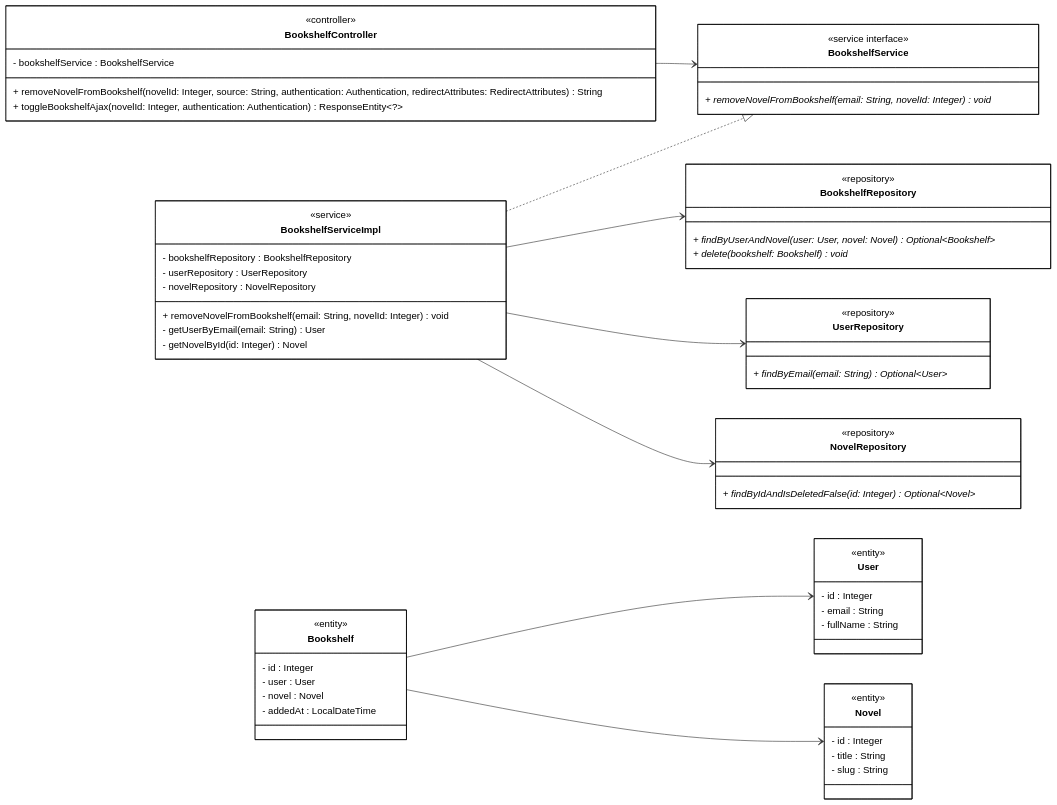
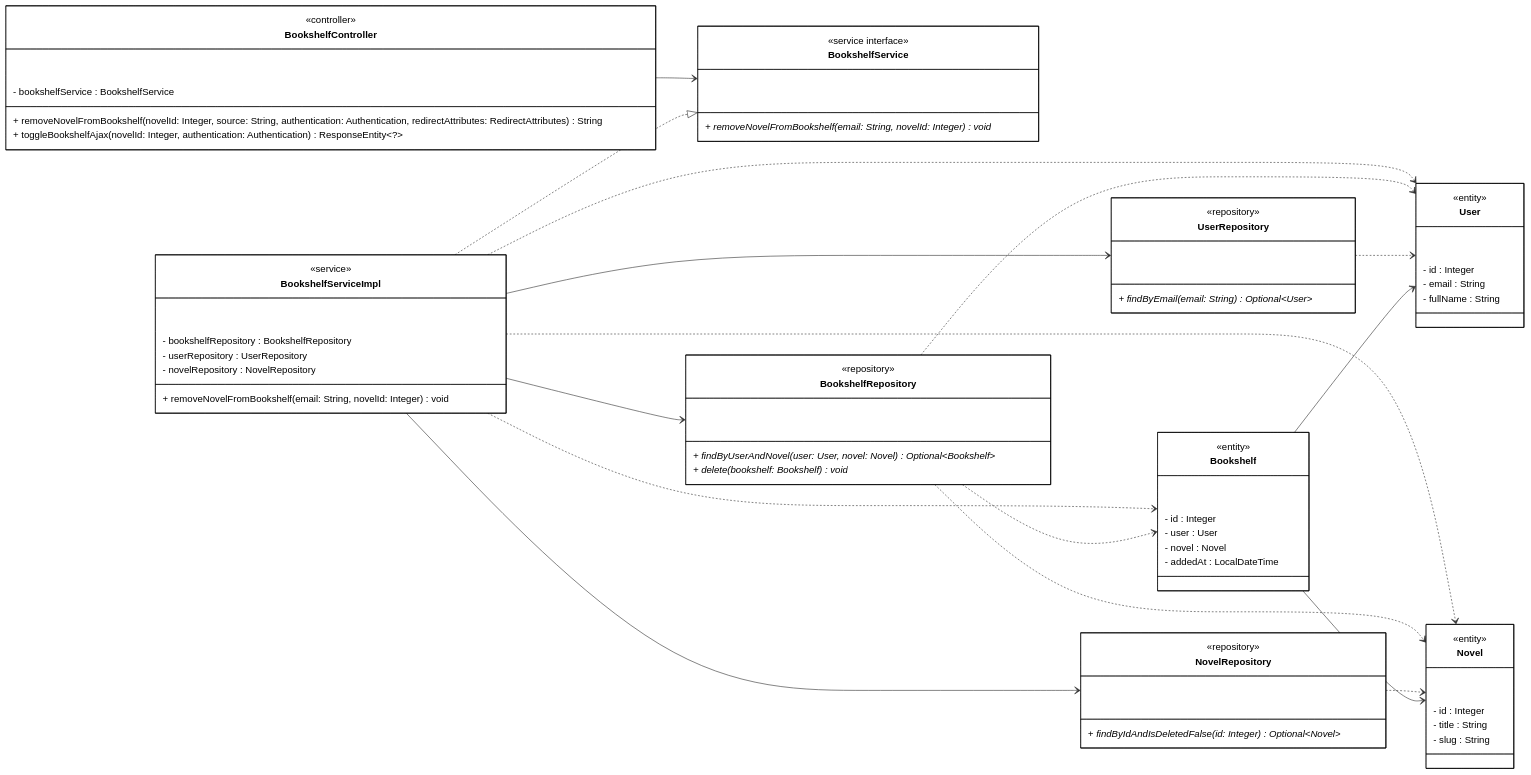
One commit to Phuoctai228/tram-truyen changed the diagram in docs/diagrams/class_mermaid/cls_mm_uc19_remove_novel_from_bookshelf.mmd. Above: the diagram before and after it, drawn with Mermaid. The commit also changed 85 other files, not shown here.

```diff
--- a/docs/diagrams/class_mermaid/cls_mm_uc19_remove_novel_from_bookshelf.mmd
+++ b/docs/diagrams/class_mermaid/cls_mm_uc19_remove_novel_from_bookshelf.mmd
@@ -1,74 +1,96 @@
 classDiagram
-direction LR
+    direction LR
 
-class BookshelfController {
-    <<controller>>
-    - bookshelfService : BookshelfService
-    + removeNovelFromBookshelf(novelId: Integer, source: String, authentication: Authentication, redirectAttributes: RedirectAttributes) String
-    + toggleBookshelfAjax(novelId: Integer, authentication: Authentication) ResponseEntity~?~
-}
+    class BookshelfController {
+        <<controller>>
+        ⠀
+        ⠀⠀
+        - bookshelfService : BookshelfService
+        + removeNovelFromBookshelf(novelId: Integer, source: String, authentication: Authentication, redirectAttributes: RedirectAttributes) String
+        + toggleBookshelfAjax(novelId: Integer, authentication: Authentication) ResponseEntity~?~
+    }
 
-class BookshelfService {
-    <<service interface>>
-    + removeNovelFromBookshelf(email: String, novelId: Integer) void*
-}
+    class BookshelfService {
+        <<service interface>>
+        ⠀
+        ⠀⠀
+        + removeNovelFromBookshelf(email: String, novelId: Integer) void*
+    }
 
-class BookshelfServiceImpl {
-    <<service>>
-    - bookshelfRepository : BookshelfRepository
-    - userRepository : UserRepository
-    - novelRepository : NovelRepository
-    + removeNovelFromBookshelf(email: String, novelId: Integer) void
-    - getUserByEmail(email: String) User
-    - getNovelById(id: Integer) Novel
-}
+    class BookshelfServiceImpl {
+        <<service>>
+        ⠀
+        ⠀⠀
+        - bookshelfRepository : BookshelfRepository
+        - userRepository : UserRepository
+        - novelRepository : NovelRepository
+        + removeNovelFromBookshelf(email: String, novelId: Integer) void
+    }
 
-class BookshelfRepository {
-    <<repository>>
-    + findByUserAndNovel(user: User, novel: Novel) Optional~Bookshelf~*
-    + delete(bookshelf: Bookshelf) void*
-}
+    class BookshelfRepository {
+        <<repository>>
+        ⠀
+        ⠀⠀
+        + findByUserAndNovel(user: User, novel: Novel) Optional~Bookshelf~*
+        + delete(bookshelf: Bookshelf) void*
+    }
 
-class UserRepository {
-    <<repository>>
-    + findByEmail(email: String) Optional~User~*
-}
+    class UserRepository {
+        <<repository>>
+        ⠀
+        ⠀⠀
+        + findByEmail(email: String) Optional~User~*
+    }
 
-class NovelRepository {
-    <<repository>>
-    + findByIdAndIsDeletedFalse(id: Integer) Optional~Novel~*
-}
+    class NovelRepository {
+        <<repository>>
+        ⠀
+        ⠀⠀
+        + findByIdAndIsDeletedFalse(id: Integer) Optional~Novel~*
+    }
 
-class Bookshelf {
-    <<entity>>
-    - id : Integer
-    - user : User
-    - novel : Novel
-    - addedAt : LocalDateTime
-}
+    class Bookshelf {
+        <<entity>>
+        ⠀
+        ⠀⠀
+        - id : Integer
+        - user : User
+        - novel : Novel
+        - addedAt : LocalDateTime
+    }
 
-class User {
-    <<entity>>
-    - id : Integer
-    - email : String
-    - fullName : String
-}
+    class User {
+        <<entity>>
+        ⠀
+        ⠀⠀
+        - id : Integer
+        - email : String
+        - fullName : String
+    }
 
-class Novel {
-    <<entity>>
-    - id : Integer
-    - title : String
-    - slug : String
-}
+    class Novel {
+        <<entity>>
+        ⠀
+        ⠀⠀
+        - id : Integer
+        - title : String
+        - slug : String
+    }
 
-BookshelfController --> BookshelfService
-BookshelfServiceImpl ..|> BookshelfService
+    BookshelfController --> BookshelfService
+    BookshelfServiceImpl ..|> BookshelfService
+    BookshelfServiceImpl --> BookshelfRepository
+    BookshelfServiceImpl --> UserRepository
+    BookshelfServiceImpl --> NovelRepository
+    BookshelfServiceImpl ..> Bookshelf
+    BookshelfServiceImpl ..> User
+    BookshelfServiceImpl ..> Novel
+    BookshelfRepository ..> Bookshelf
+    BookshelfRepository ..> User
+    BookshelfRepository ..> Novel
+    UserRepository ..> User
+    NovelRepository ..> Novel
+    Bookshelf --> User
+    Bookshelf --> Novel
 
-BookshelfServiceImpl --> BookshelfRepository
-BookshelfServiceImpl --> UserRepository
-BookshelfServiceImpl --> NovelRepository
-
-Bookshelf --> User
-Bookshelf --> Novel
-
-classDef default fill:#FFFFFF,stroke:#000000,stroke-width:1px,color:#000000
+    classDef default fill:#FFFFFF,stroke:#000000,stroke-width:1px,color:#000000
```
